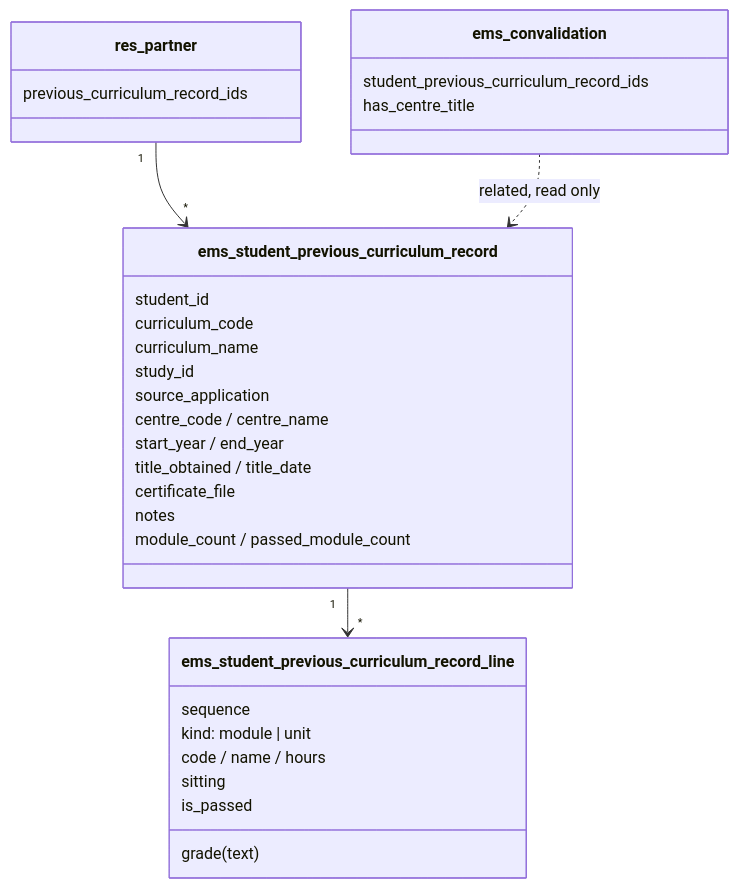
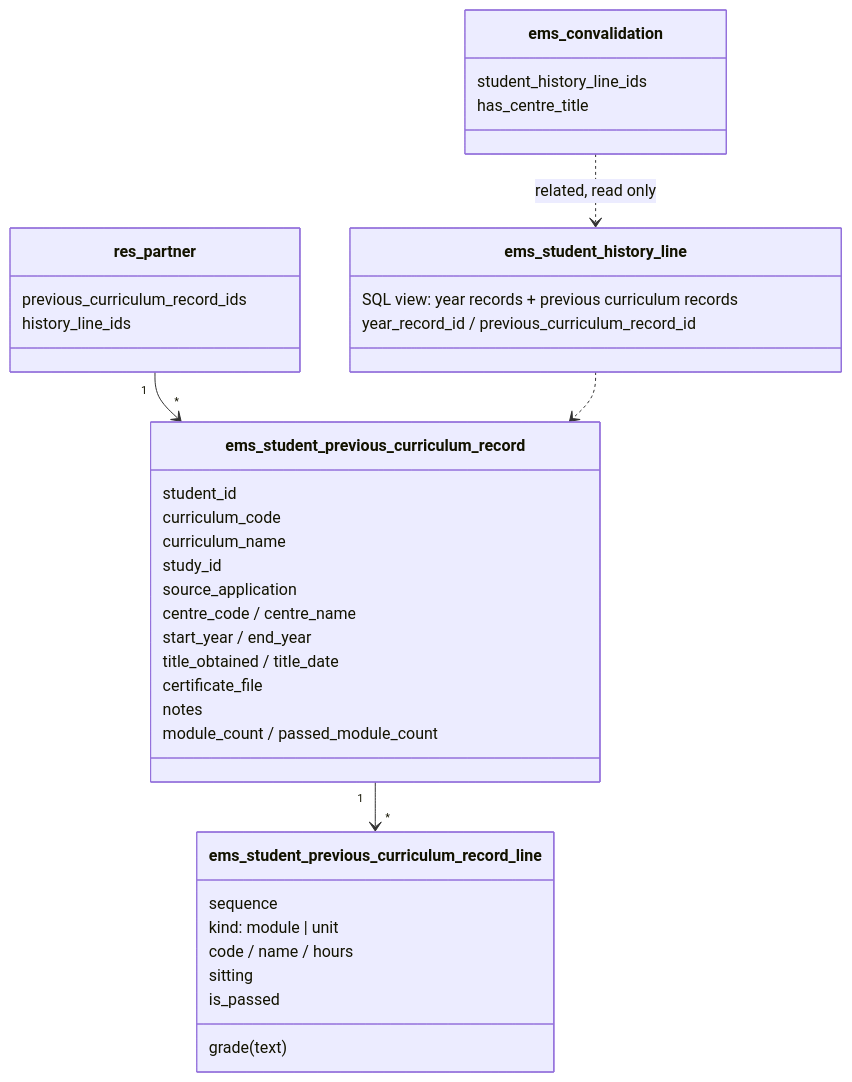
The first of 2 diagrams in docs/en/developers/grades/previous_curriculum_record.md (ElPuig/EMS), drawn with Mermaid before and after one commit. The commit also changed other lines of this file and 32 other files, not shown here.

Commit message:
Show previous curriculum records as lines of the student's academic history

````diff
--- a/docs/en/developers/grades/previous_curriculum_record.md
+++ b/docs/en/developers/grades/previous_curriculum_record.md
@@ -20,34 +20,40 @@
 ```mermaid
 classDiagram
     class res_partner {
         previous_curriculum_record_ids
+        history_line_ids
     }
     class ems_student_previous_curriculum_record {
         student_id
         curriculum_code
         curriculum_name
         study_id
         source_application
         centre_code / centre_name
         start_year / end_year
         title_obtained / title_date
         certificate_file
         notes
         module_count / passed_module_count
     }
     class ems_student_previous_curriculum_record_line {
         sequence
         kind: module | unit
         code / name / hours
         grade (text)
         sitting
         is_passed
     }
+    class ems_student_history_line {
+        SQL view: year records + previous curriculum records
+        year_record_id / previous_curriculum_record_id
+    }
     class ems_convalidation {
-        student_previous_curriculum_record_ids
+        student_history_line_ids
         has_centre_title
     }
     res_partner "1" --> "*" ems_student_previous_curriculum_record
     ems_student_previous_curriculum_record "1" --> "*" ems_student_previous_curriculum_record_line
-    ems_convalidation ..> ems_student_previous_curriculum_record : related, read only
+    ems_student_history_line ..> ems_student_previous_curriculum_record
+    ems_convalidation ..> ems_student_history_line : related, read only
 ```
````
